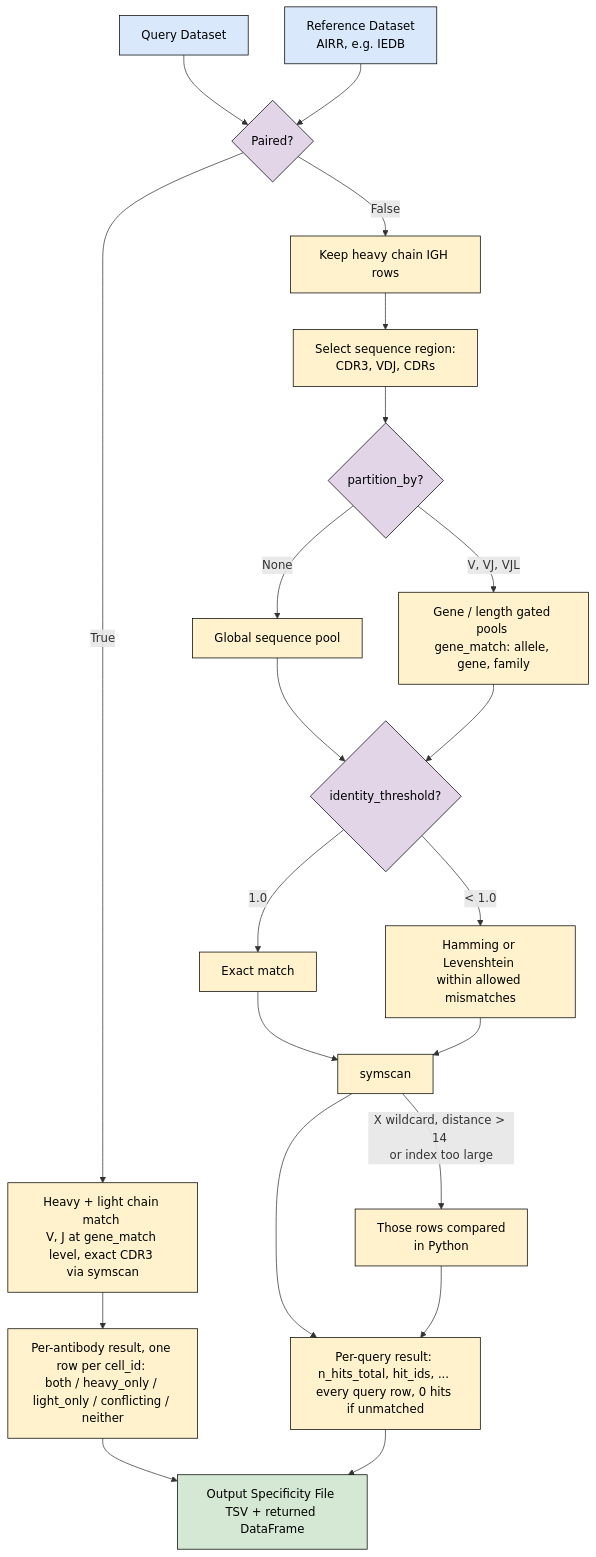
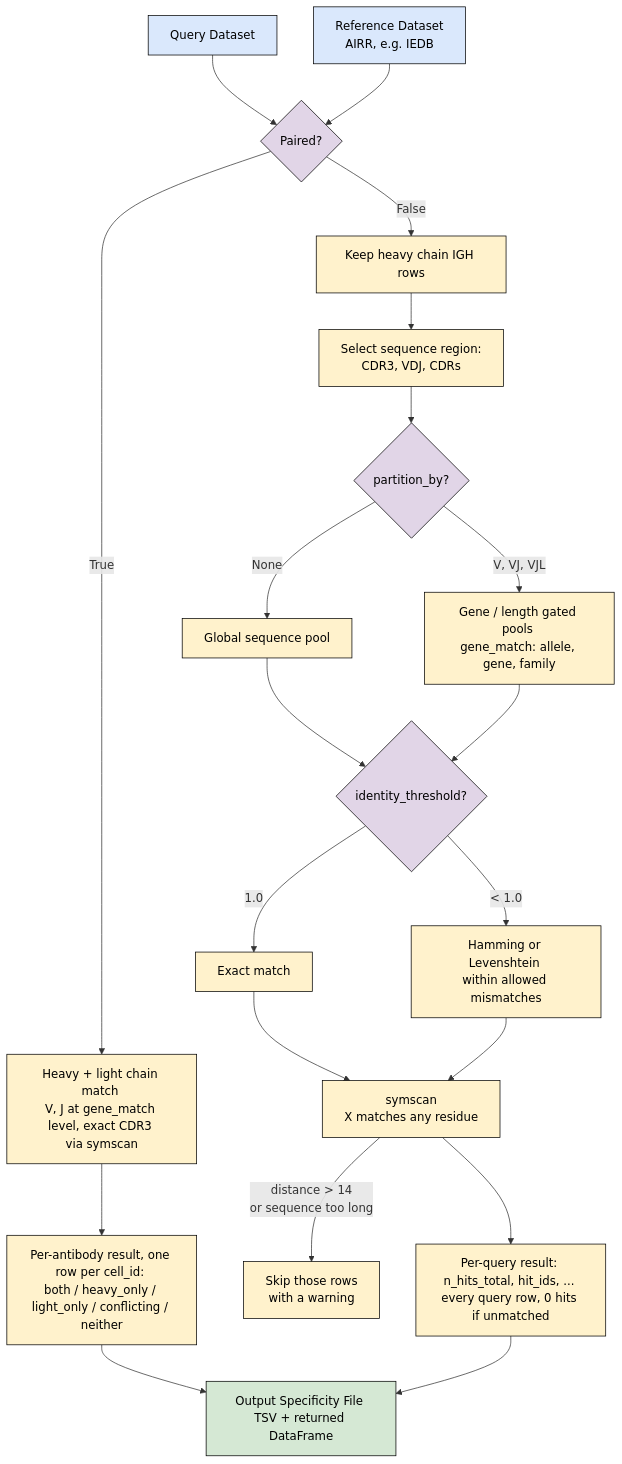
The diagram in src/immvoke/Sources/Specificity/idea.md (immcantation/immvoke), drawn with Mermaid before and after one commit. The commit also changed other lines of this file and 10 other files, not shown here.

````diff
--- a/src/immvoke/Sources/Specificity/idea.md
+++ b/src/immvoke/Sources/Specificity/idea.md
@@ -10,35 +10,34 @@
 ```mermaid
 graph TD
     classDef input fill:#dae8fc,stroke:#000,stroke-width:1px,color:#000;
     classDef process fill:#fff2cc,stroke:#000,stroke-width:1px,color:#000;
     classDef decision fill:#e1d5e7,stroke:#000,stroke-width:1px,color:#000;
     classDef output fill:#d5e8d4,stroke:#000,stroke-width:1px,color:#000;
 
     Q[Query Dataset]:::input --> Paired
     R[Reference Dataset <br>AIRR, e.g. IEDB]:::input --> Paired
     Paired{Paired?}:::decision
 
     Paired -->|True| PairedRun[Heavy + light chain match <br>V, J at gene_match level, exact CDR3 <br>via symscan]:::process
     PairedRun --> PairedOut[Per-antibody result, one row per cell_id: <br>both / heavy_only / light_only / conflicting / neither]:::process
 
     Paired -->|False| Heavy[Keep heavy chain IGH rows]:::process
     Heavy --> Pre[Select sequence region: <br>CDR3, VDJ, CDRs]:::process
     Pre --> Part{partition_by?}:::decision
     Part -->|None| Global[Global sequence pool]:::process
     Part -->|V, VJ, VJL| Binned[Gene / length gated pools <br>gene_match: allele, gene, family]:::process
     Global --> Thresh{identity_threshold?}:::decision
     Binned --> Thresh
 
     Thresh -->|1.0| Exact[Exact match]:::process
     Thresh -->|< 1.0| Dist[Hamming or Levenshtein <br>within allowed mismatches]:::process
 
-    Exact --> Symscan[symscan]:::process
+    Exact --> Symscan[symscan <br>X matches any residue]:::process
     Dist --> Symscan
-    Symscan -->|X wildcard, distance > 14 <br>or index too large| Rows[Those rows compared <br>in Python]:::process
+    Symscan -->|distance > 14 <br>or sequence too long| Skip[Skip those rows <br>with a warning]:::process
 
     Symscan --> Out[Per-query result: n_hits_total, hit_ids, ... <br>every query row, 0 hits if unmatched]:::process
-    Rows --> Out
 
     PairedOut --> File[Output Specificity File <br>TSV + returned DataFrame]:::output
     Out --> File
 ```
````
